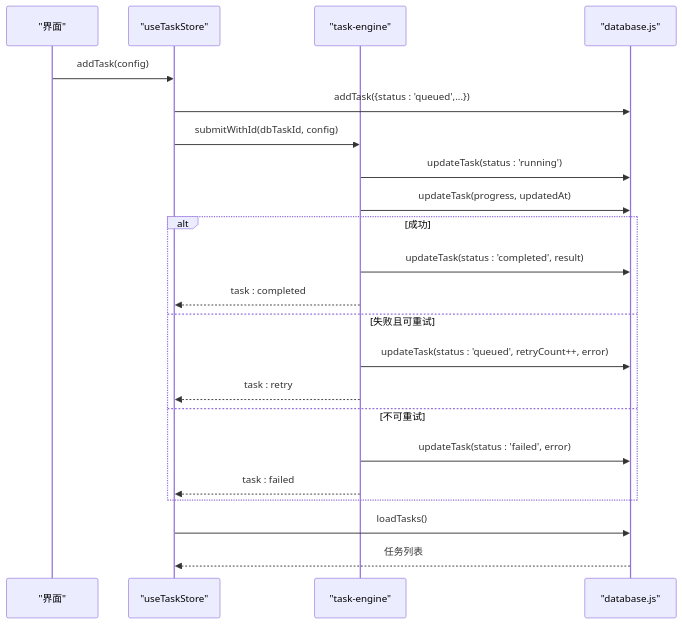
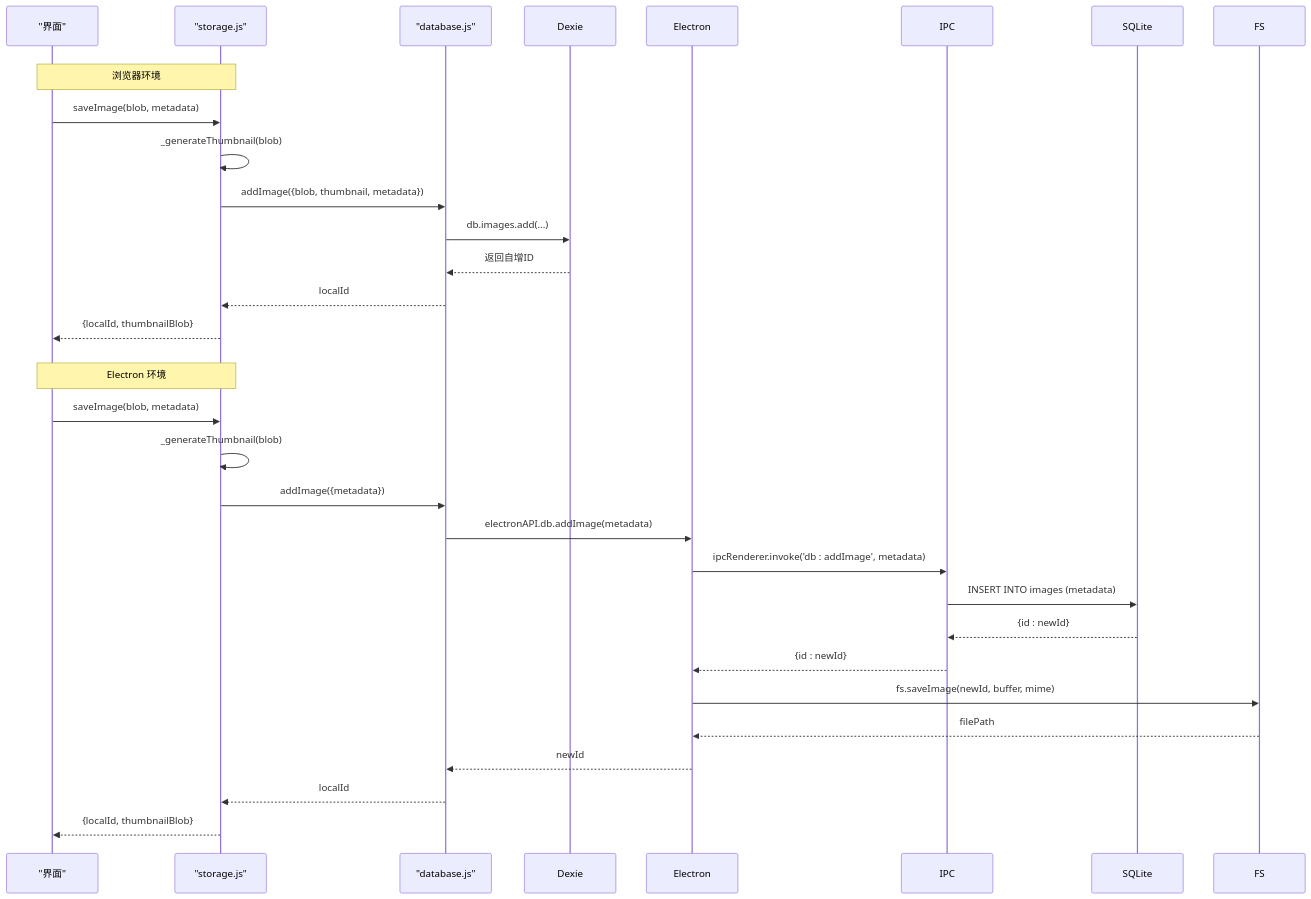
Before and after one commit to AlbusWei/AI-Image-Studio: the sixth of 9 diagrams in .qoder/repowiki/zh/content/架构设计/数据流设计/数据库持久化.md, drawn with Mermaid. The commit also changed other lines of this file and 37 other files, not shown here.

First line of the commit message:
feat: 统一数据源 - 浏览器和 Electron 共享同一 SQLite 数据库

````diff
--- a/.qoder/repowiki/zh/content/架构设计/数据流设计/数据库持久化.md
+++ b/.qoder/repowiki/zh/content/架构设计/数据流设计/数据库持久化.md
@@ -215,24 +331,32 @@
 ```mermaid
 sequenceDiagram
 participant UI as "界面"
-participant TS as "useTaskStore"
-participant TE as "task-engine"
-participant DB as "database.js"
-UI->>TS : addTask(config)
-TS->>DB : addTask({status : 'queued',...})
-TS->>TE : submitWithId(dbTaskId, config)
-TE->>DB : updateTask(status : 'running')
-TE->>DB : updateTask(progress, updatedAt)
-alt 成功
-TE->>DB : updateTask(status : 'completed', result)
-TE-->>TS : task : completed
-else 失败且可重试
-TE->>DB : updateTask(status : 'queued', retryCount++, error)
-TE-->>TS : task : retry
-else 不可重试
-TE->>DB : updateTask(status : 'failed', error)
-TE-->>TS : task : failed
+participant Storage as "storage.js"
+participant Facade as "database.js"
+rect rgb(255, 255, 255)
+Note over UI,Storage : 浏览器环境
+UI->>Storage : saveImage(blob, metadata)
+Storage->>Storage : _generateThumbnail(blob)
+Storage->>Facade : addImage({blob, thumbnail, metadata})
+Facade->>Dexie : db.images.add(...)
+Dexie-->>Facade : 返回自增ID
+Facade-->>Storage : localId
+Storage-->>UI : {localId, thumbnailBlob}
 end
-TS->>DB : loadTasks()
-DB-->>TS : 任务列表
+rect rgb(255, 255, 255)
+Note over UI,Storage : Electron 环境
+UI->>Storage : saveImage(blob, metadata)
+Storage->>Storage : _generateThumbnail(blob)
+Storage->>Facade : addImage({metadata})
+Facade->>Electron : electronAPI.db.addImage(metadata)
+Electron->>IPC : ipcRenderer.invoke('db : addImage', metadata)
+IPC->>SQLite : INSERT INTO images (metadata)
+SQLite-->>IPC : {id : newId}
+IPC-->>Electron : {id : newId}
+Electron->>FS : fs.saveImage(newId, buffer, mime)
+FS-->>Electron : filePath
+Electron-->>Facade : newId
+Facade-->>Storage : localId
+Storage-->>UI : {localId, thumbnailBlob}
+end
 ```
````
